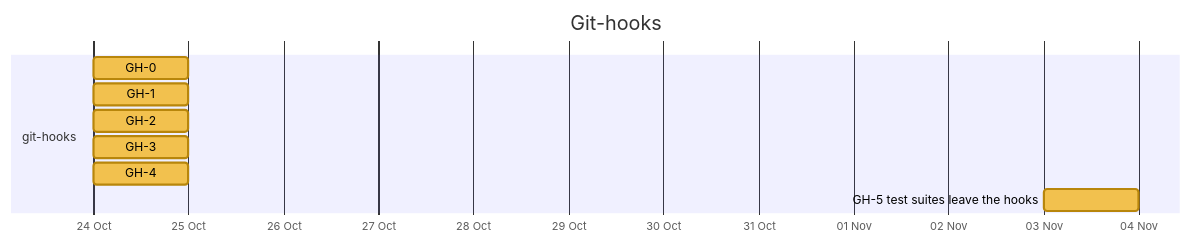
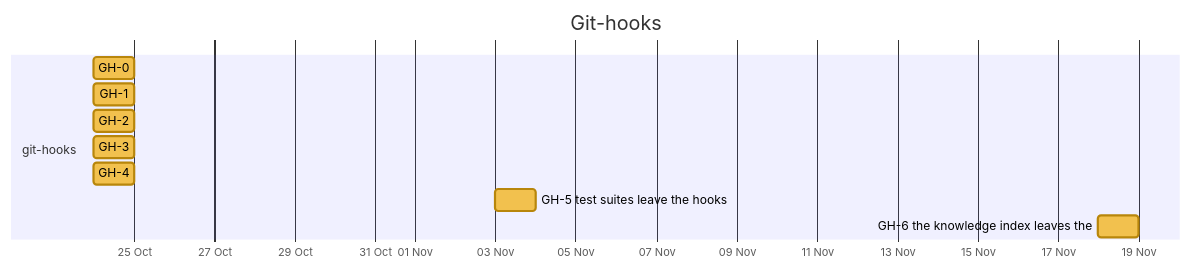
Before and after one commit to nebularis/lattice: the seventh of 32 diagrams in docs/developer/ROADMAP.md, drawn with Mermaid. The commit also changed other lines of this file and 11 other files, not shown here.

First line of the commit message:
[git-hooks] GH-6: the post-merge hook leaves the knowledge index to rebuild itself, and Вивід is pinned at v0.2.37

````diff
--- a/docs/developer/ROADMAP.md
+++ b/docs/developer/ROADMAP.md
@@ -273,14 +273,15 @@
 ```mermaid
 %%{init: {"themeVariables": {"taskBkgColor": "#f2c14e", "taskBorderColor": "#b8860b", "taskTextColor": "#000000", "activeTaskBkgColor": "#4e9af1", "activeTaskBorderColor": "#1f5fbf", "activeTaskBorderColor": "#1f5fbf", "doneTaskBkgColor": "#8fcf8f", "doneTaskBorderColor": "#2f7d32", "critBkgColor": "#f28b82", "critBorderColor": "#b23a30", "taskTextDarkColor": "#000000", "taskTextLightColor": "#000000"}}}%%
 gantt
     title Git-hooks
     dateFormat YYYY-MM-DD
     axisFormat %d %b
     section git-hooks
     GH-0 :gh0, 2026-10-24, 2026-10-25
     GH-1 :gh1, 2026-10-24, 2026-10-25
     GH-2 :gh2, 2026-10-24, 2026-10-25
     GH-3 :gh3, 2026-10-24, 2026-10-25
     GH-4 :gh4, 2026-10-24, 2026-10-25
     GH-5 test suites leave the hooks :gh5, 2026-11-03, 2026-11-04
+    GH-6 the knowledge index leaves the :gh6, 2026-11-18, 2026-11-19
 ```
````
